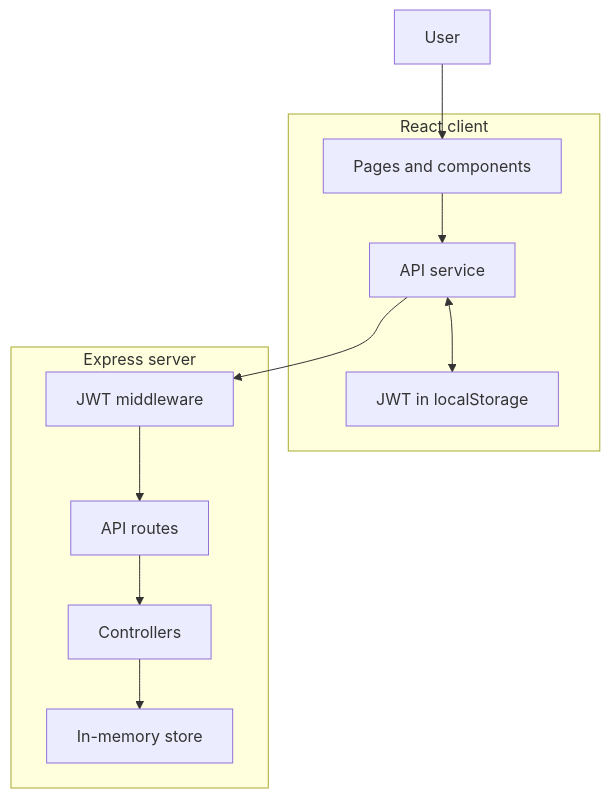
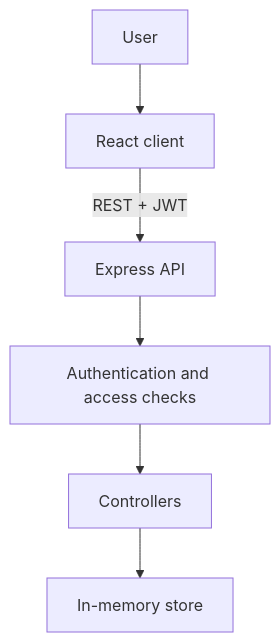
Before and after one commit to SanukaWaravita/collaboard_2: the diagram in README.md, drawn with Mermaid. The commit also changed other lines of this file and 47 other files, not shown here.

````diff
--- a/README.md
+++ b/README.md
@@ -286,25 +429,8 @@
 ```mermaid
 flowchart TD
-    User["User"]
-
-    subgraph Client["React client"]
-        Pages["Pages and components"]
-        APIClient["API service"]
-        Session["JWT in localStorage"]
-    end
-
-    subgraph Server["Express server"]
-        Auth["JWT middleware"]
-        Routes["API routes"]
-        Controllers["Controllers"]
-        Memory["In-memory store"]
-    end
-
-    User --> Pages
-    Pages --> APIClient
-    APIClient <--> Session
-    APIClient --> Auth
-    Auth --> Routes
-    Routes --> Controllers
-    Controllers --> Memory
+    User[User] --> Client[React client]
+    Client -->|REST + JWT| API[Express API]
+    API --> Auth[Authentication and access checks]
+    Auth --> Controllers[Controllers]
+    Controllers --> Store[In-memory store]
 ```
````
